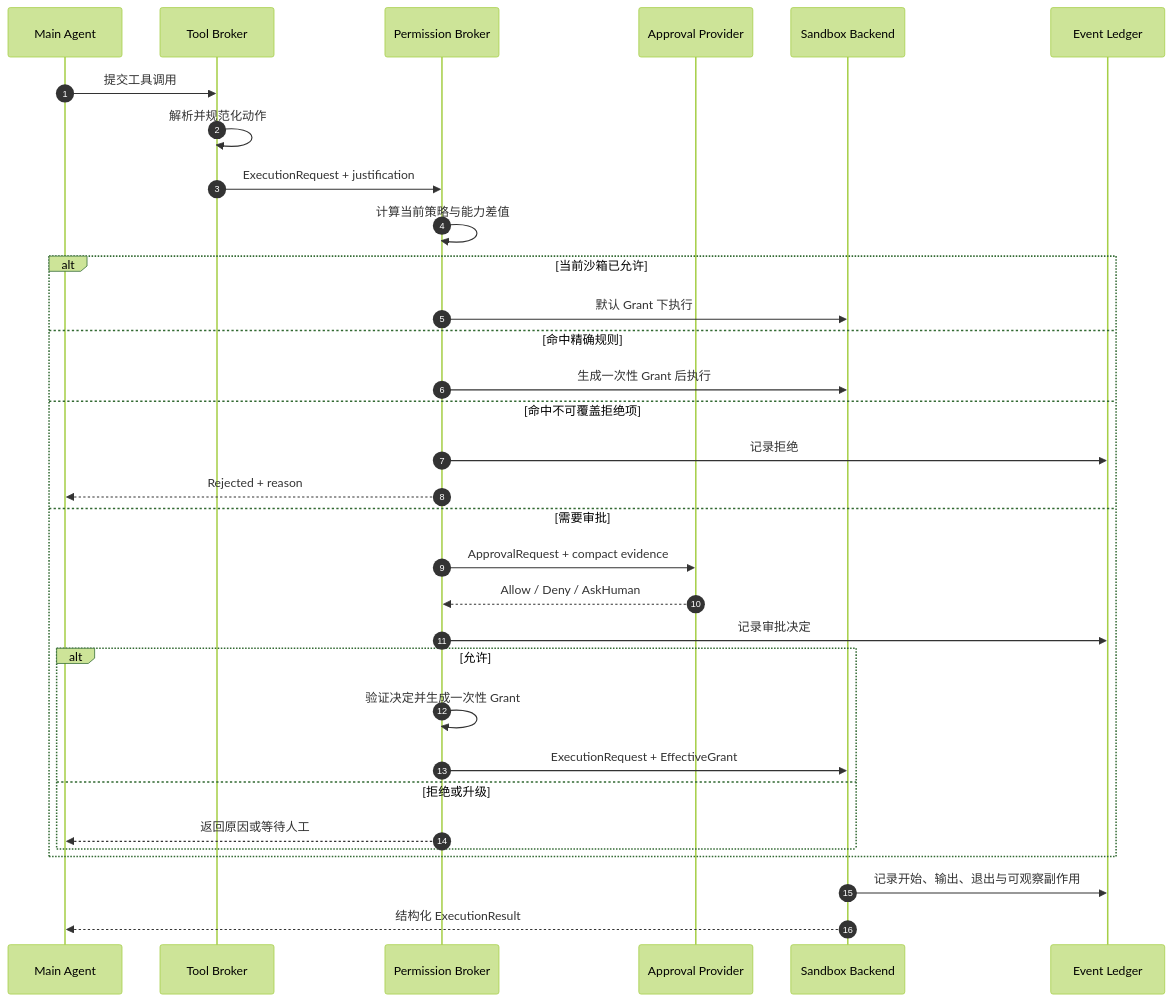
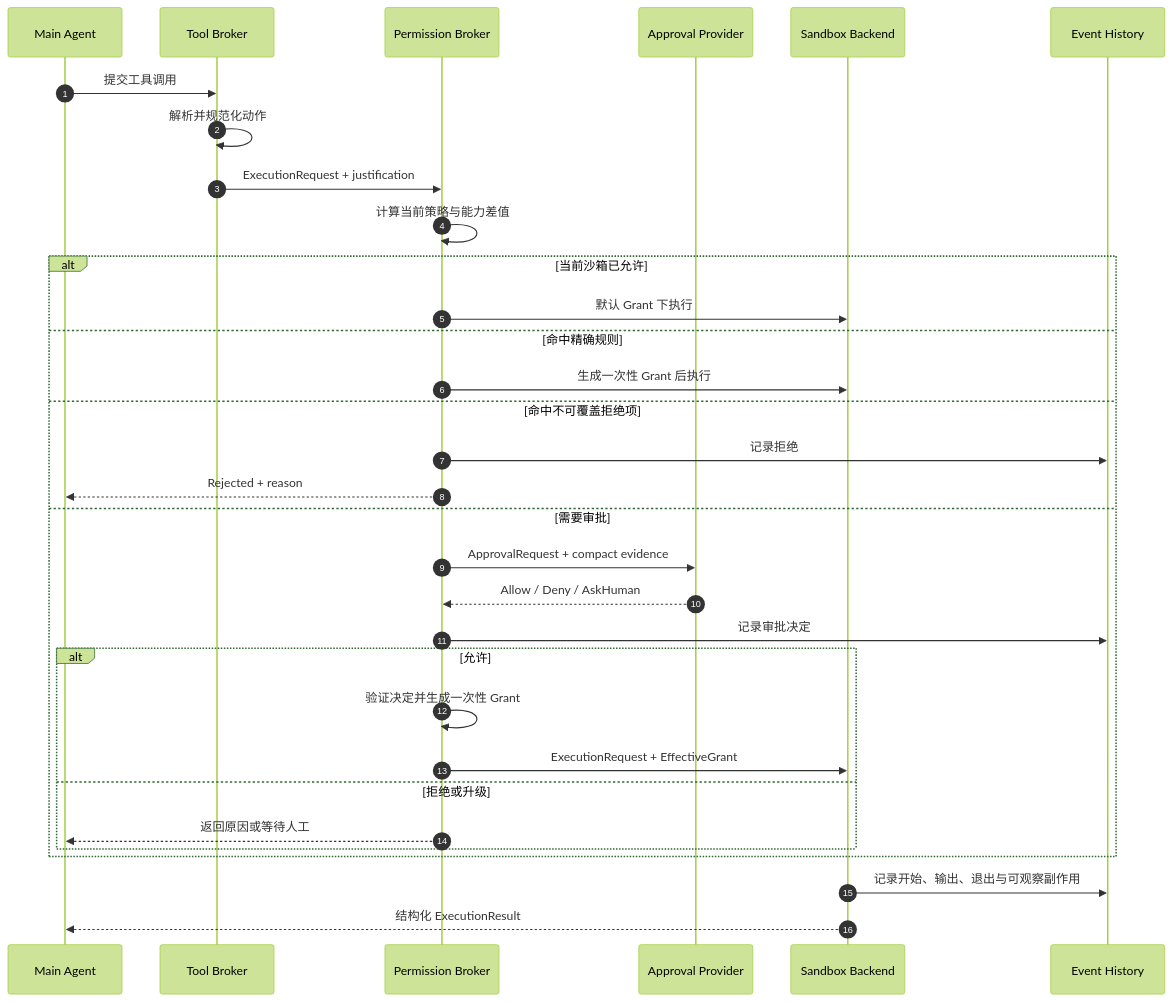
The second of 2 diagrams in docs/morphz_sandbox_execution_and_approval_architecture.md (morphz-ai/morphz), drawn with Mermaid (forest theme) before and after one commit. The commit also changed other lines of this file and 129 other files, not shown here.

````diff
--- a/docs/morphz_sandbox_execution_and_approval_architecture.md
+++ b/docs/morphz_sandbox_execution_and_approval_architecture.md
@@ -535,35 +535,35 @@
 ```mermaid
 sequenceDiagram
     autonumber
     participant A as Main Agent
     participant T as Tool Broker
     participant P as Permission Broker
     participant R as Approval Provider
     participant S as Sandbox Backend
-    participant L as Event Ledger
+    participant L as Event History
 
     A->>T: 提交工具调用
     T->>T: 解析并规范化动作
     T->>P: ExecutionRequest + justification
     P->>P: 计算当前策略与能力差值
     alt 当前沙箱已允许
         P->>S: 默认 Grant 下执行
     else 命中精确规则
         P->>S: 生成一次性 Grant 后执行
     else 命中不可覆盖拒绝项
         P->>L: 记录拒绝
         P-->>A: Rejected + reason
     else 需要审批
         P->>R: ApprovalRequest + compact evidence
         R-->>P: Allow / Deny / AskHuman
         P->>L: 记录审批决定
         alt 允许
             P->>P: 验证决定并生成一次性 Grant
             P->>S: ExecutionRequest + EffectiveGrant
         else 拒绝或升级
             P-->>A: 返回原因或等待人工
         end
     end
     S->>L: 记录开始、输出、退出与可观察副作用
     S-->>A: 结构化 ExecutionResult
 ```
````
